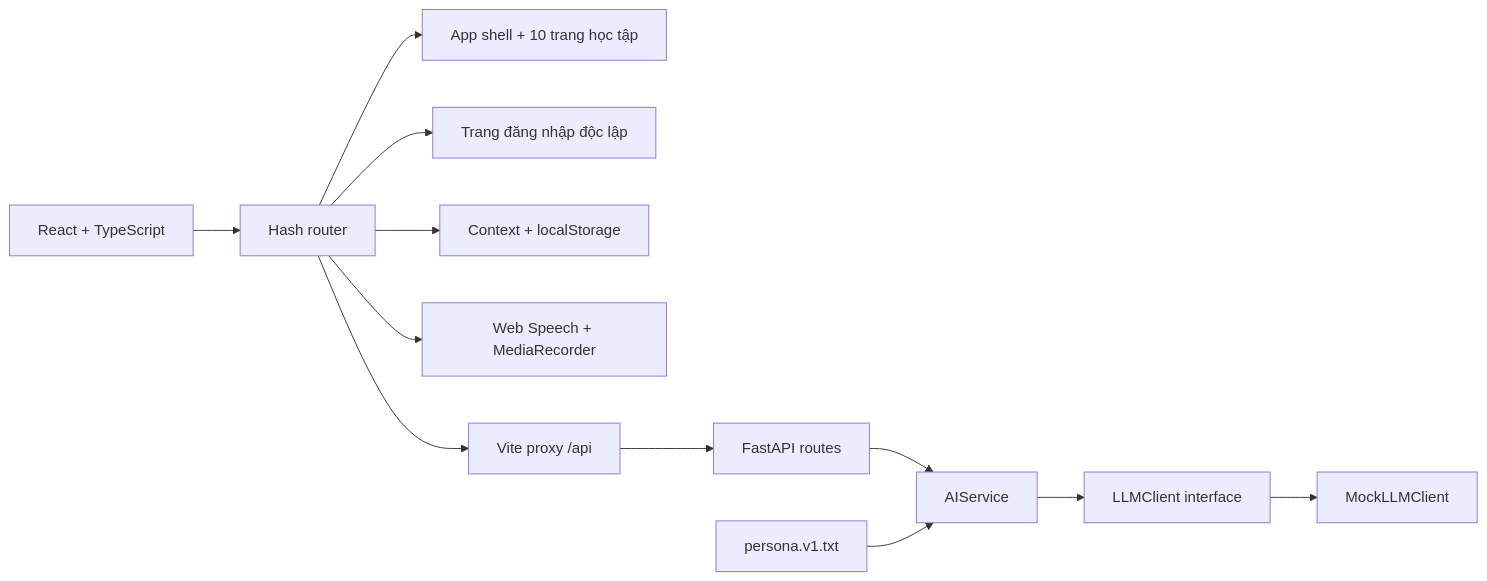
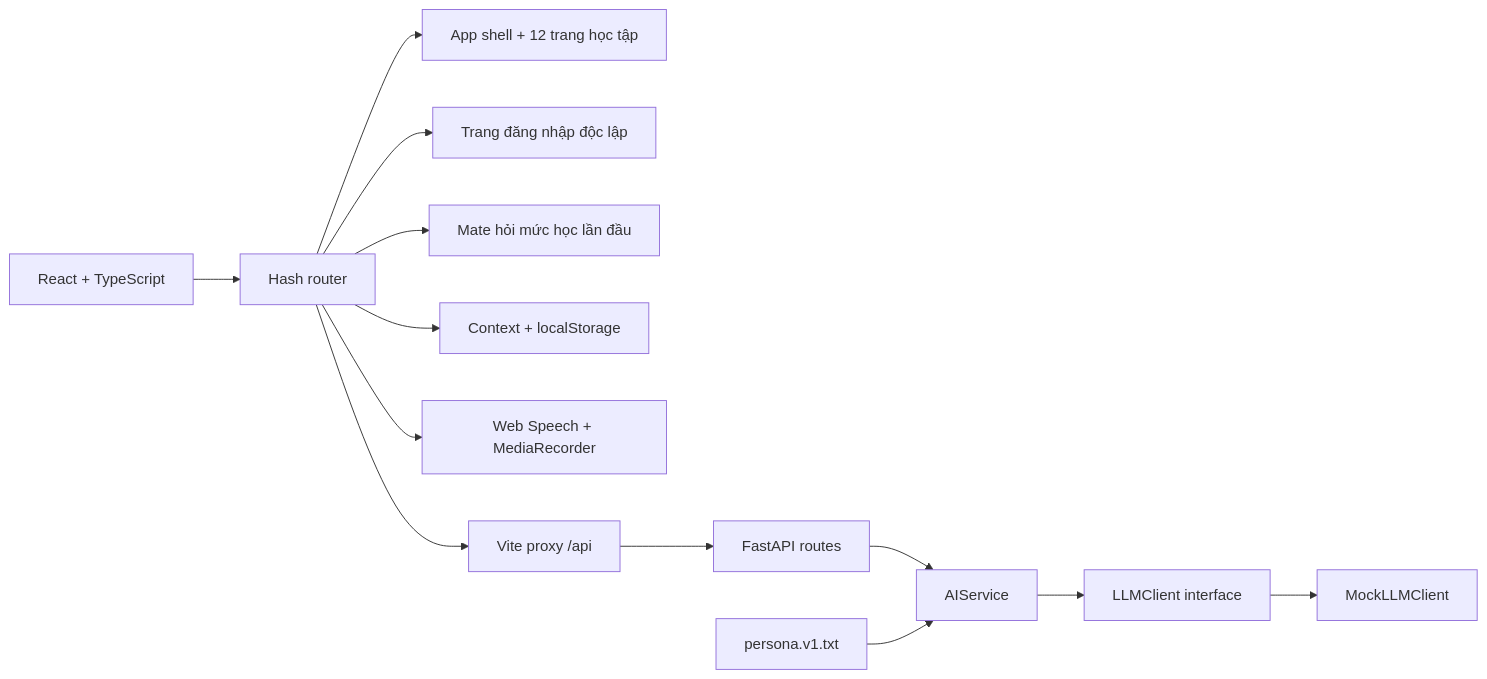
The diagram in docs/ARCHITECTURE.md (VoMinhHoang1610/engmate-ai), drawn with Mermaid before and after one commit. The commit also changed other lines of this file and 41 other files, not shown here.

````diff
--- a/docs/ARCHITECTURE.md
+++ b/docs/ARCHITECTURE.md
@@ -5,14 +5,15 @@
 ```mermaid
 flowchart LR
   UI[React + TypeScript] --> Router[Hash router]
-  Router --> Learning[App shell + 10 trang học tập]
+  Router --> Learning[App shell + 12 trang học tập]
   Router --> Auth[Trang đăng nhập độc lập]
+  Router --> Onboarding[Mate hỏi mức học lần đầu]
   Router --> Store[Context + localStorage]
   Router --> Browser[Web Speech + MediaRecorder]
   Router --> Proxy[Vite proxy /api]
   Proxy --> API[FastAPI routes]
   API --> Service[AIService]
   Service --> Port[LLMClient interface]
   Port --> Mock[MockLLMClient]
   Prompt[persona.v1.txt] --> Service
 ```
````
